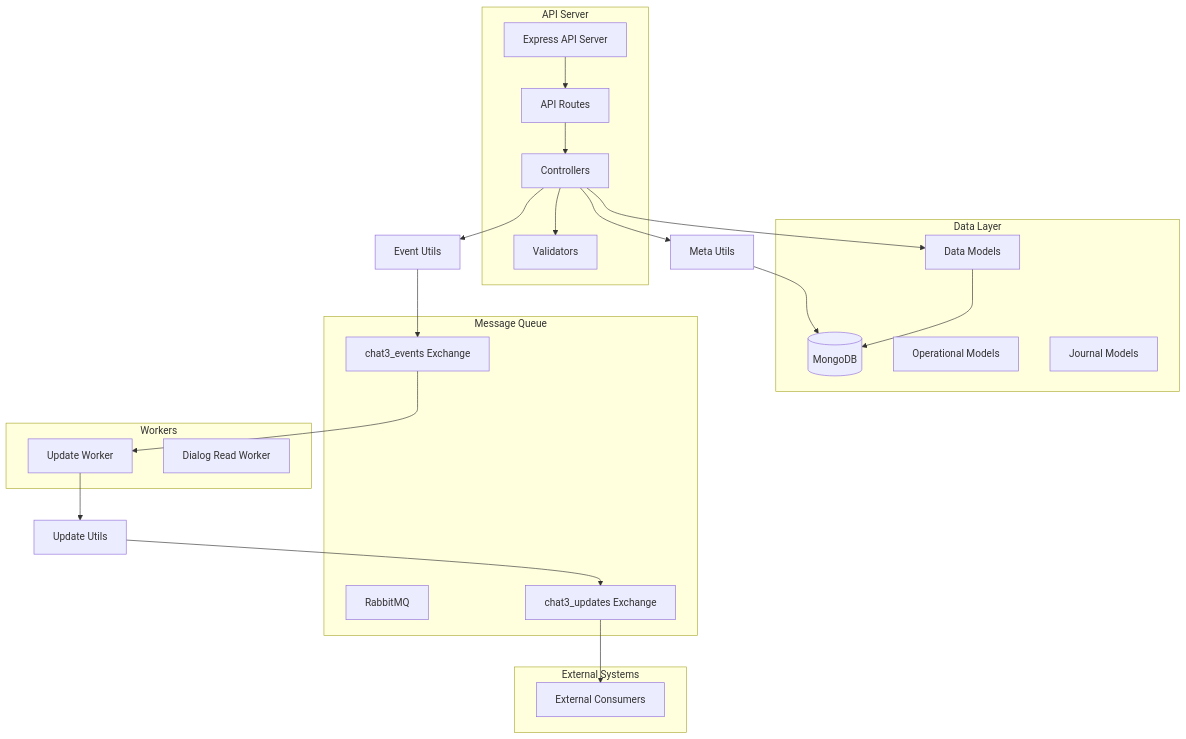
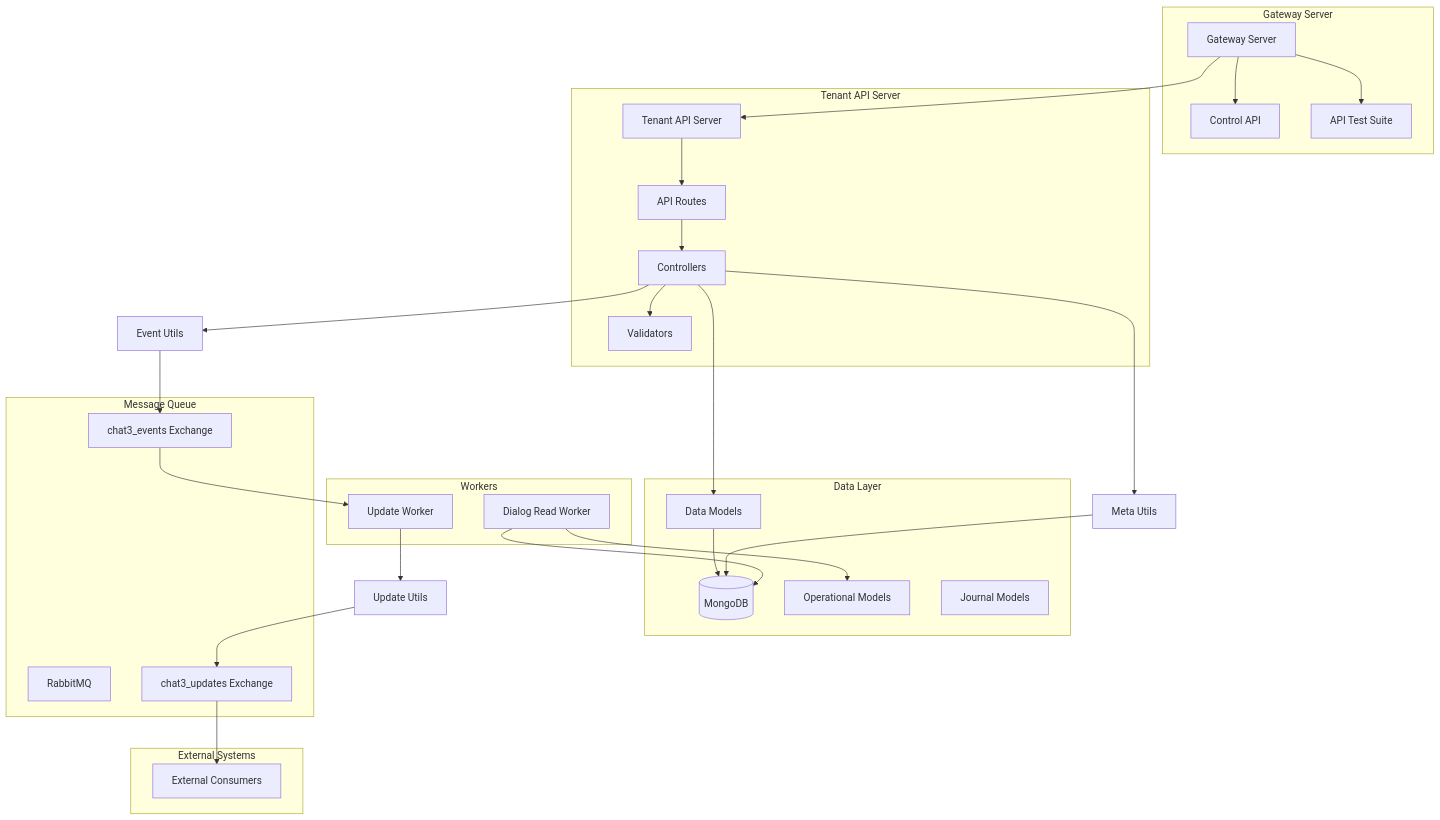
The first of 4 diagrams in docs/ARCHITECTURE.md (antirek/chat3), drawn with Mermaid before and after one commit. The commit also changed other lines of this file and 10 other files, not shown here.

````diff
--- a/docs/ARCHITECTURE.md
+++ b/docs/ARCHITECTURE.md
@@ -9,47 +9,60 @@
 ```mermaid
 graph TB
-    subgraph "API Server"
-        API[Express API Server]
+    subgraph "Gateway Server"
+        Gateway[Gateway Server]
+        ControlAPI[Control API]
+        APITest[API Test Suite]
+    end
+    
+    subgraph "Tenant API Server"
+        TenantAPI[Tenant API Server]
         Routes[API Routes]
         Controllers[Controllers]
         Validators[Validators]
     end
     
     subgraph "Data Layer"
         MongoDB[(MongoDB)]
         Models[Data Models]
         Operational[Operational Models]
         Journals[Journal Models]
     end
     
     subgraph "Message Queue"
         RabbitMQ[RabbitMQ]
         EventsExchange[chat3_events Exchange]
         UpdatesExchange[chat3_updates Exchange]
     end
     
     subgraph "Workers"
         UpdateWorker[Update Worker]
         DialogReadWorker[Dialog Read Worker]
     end
     
     subgraph "External Systems"
         Consumers[External Consumers]
     end
     
-    API --> Routes
+    Gateway --> ControlAPI
+    Gateway --> APITest
+    Gateway --> TenantAPI
+    
+    TenantAPI --> Routes
     Routes --> Controllers
     Controllers --> Validators
     Controllers --> Models
     Models --> MongoDB
     
     Controllers --> EventUtils[Event Utils]
     EventUtils --> EventsExchange
     EventsExchange --> UpdateWorker
     UpdateWorker --> UpdateUtils[Update Utils]
     UpdateUtils --> UpdatesExchange
     UpdatesExchange --> Consumers
     
     Controllers --> MetaUtils[Meta Utils]
     MetaUtils --> MongoDB
+    
+    DialogReadWorker --> MongoDB
+    DialogReadWorker --> Operational
 ```
````
